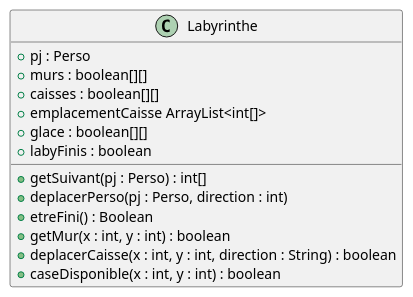
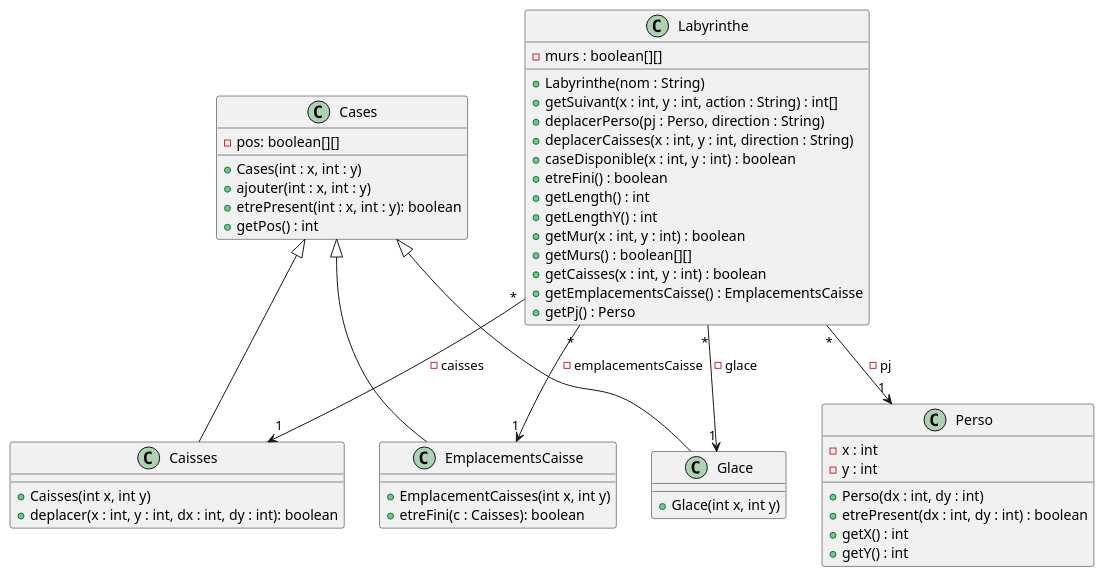
One commit to Flotss/Zeldiablo changed the diagram in documents/version_4/Modification du diagramme de classe de Labyrinthe.puml. Above: the diagram before and after it, drawn with PlantUML. The commit also changed 2 other files, not shown here.

Commit message:
ajout diagramme sequence v4

```diff
--- a/documents/version_4/Modification du diagramme de classe de Labyrinthe.puml
+++ b/documents/version_4/Modification du diagramme de classe de Labyrinthe.puml
@@ -1,21 +1,61 @@
 @startuml
-'https://plantuml.com/class-diagram
 
 class Labyrinthe{
-    + pj : Perso
-    + murs : boolean[][]
-    + caisses : boolean[][]
-    + emplacementCaisse ArrayList<int[]>
-    + glace : boolean[][]
-    + labyFinis : boolean
-    + getSuivant(pj : Perso) : int[]
-    + deplacerPerso(pj : Perso, direction : int)
-    + etreFini() : Boolean
+    - murs : boolean[][]
+    + Labyrinthe(nom : String)
+    + getSuivant(x : int, y : int, action : String) : int[]
+    + deplacerPerso(pj : Perso, direction : String)
+    + deplacerCaisses(x : int, y : int, direction : String)
+    + caseDisponible(x : int, y : int) : boolean
+    + etreFini() : boolean
+    + getLength() : int
+    + getLengthY() : int
     + getMur(x : int, y : int) : boolean
-    + deplacerCaisse(x : int, y : int, direction : String) : boolean
-    + caseDisponible(x : int, y : int) : boolean
+    + getMurs() : boolean[][]
+    + getCaisses(x : int, y : int) : boolean
+    + getEmplacementsCaisse() : EmplacementsCaisse
+    + getPj() : Perso
 }
 
+class Cases{
+    - pos: boolean[][]
+    + Cases(int : x, int : y)
+    + ajouter(int : x, int : y)
+    + etrePresent(int : x, int : y): boolean
+    + getPos() : int
+}
 
+class Caisses {
+    + Caisses(int x, int y)
+    + deplacer(x : int, y : int, dx : int, dy : int): boolean
+}
 
+class EmplacementsCaisse {
+    + EmplacementCaisses(int x, int y)
+    + etreFini(c : Caisses): boolean
+}
+
+class Glace {
+    + Glace(int x, int y)
+}
+
+class Perso {
+    - x : int
+    - y : int
+    + Perso(dx : int, dy : int)
+    + etrePresent(dx : int, dy : int) : boolean
+    + getX() : int
+    + getY() : int
+}
+Labyrinthe "*" --> "1" Perso : - pj
+
+Labyrinthe "*" --> "1" Caisses : - caisses
+
+Labyrinthe "*" --> "1" Glace : - glace
+
+Labyrinthe "*" --> "1" EmplacementsCaisse : - emplacementsCaisse
+
+Cases <|-- Caisses
+Cases <|-- EmplacementsCaisse
+Cases <|-- Glace
 @enduml
```
